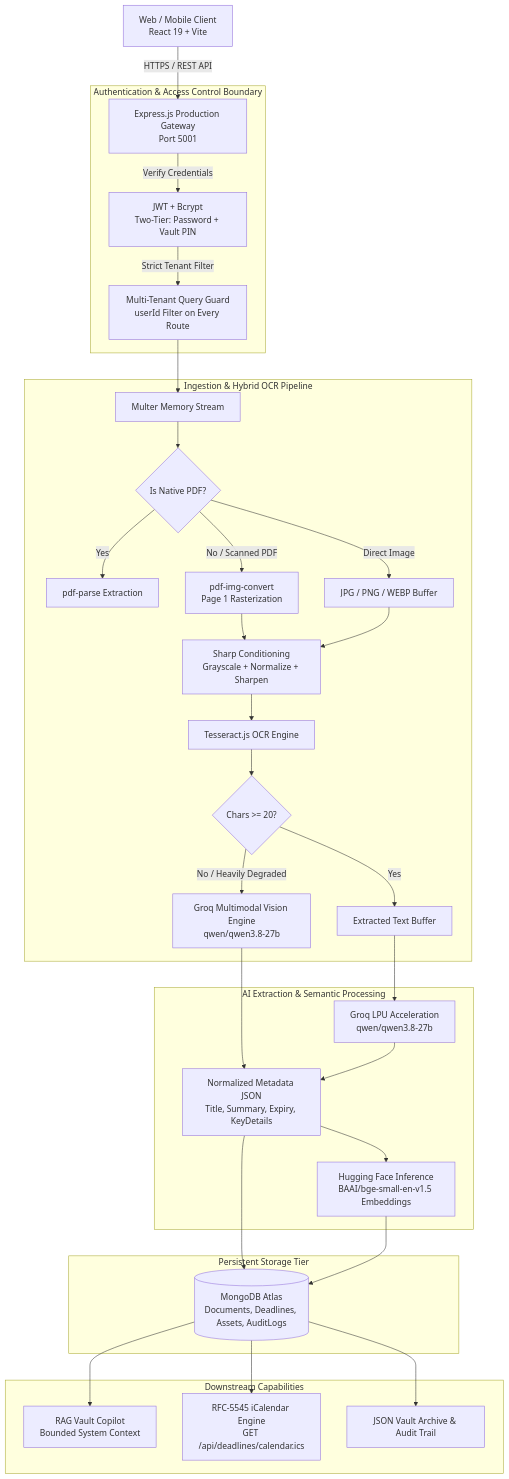
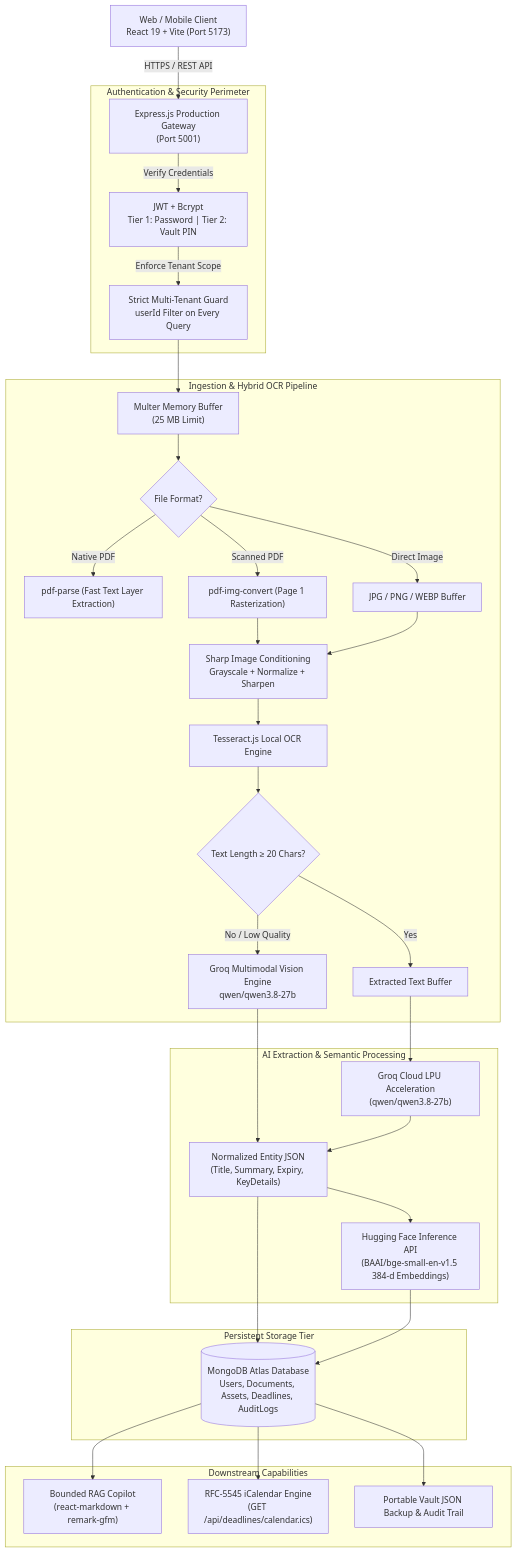
Before and after one commit to AkshatMishra29/DocVault-New: the diagram in README.md, drawn with Mermaid. The commit also changed other lines of this file, not shown here.

````diff
--- a/README.md
+++ b/README.md
@@ -87,46 +50,46 @@
 ```mermaid
 graph TD
-    UserClient[Web / Mobile Client<br/>React 19 + Vite] -->|HTTPS / REST API| ExpressGateway[Express.js Production Gateway<br/>Port 5001]
+    UserClient["Web / Mobile Client<br/>React 19 + Vite (Port 5173)"] -->|HTTPS / REST API| ExpressGateway["Express.js Production Gateway<br/>(Port 5001)"]
     
-    subgraph "Authentication & Access Control Boundary"
-        ExpressGateway -->|Verify Credentials| UserAuth[JWT + Bcrypt<br/>Two-Tier: Password + Vault PIN]
-        UserAuth -->|Strict Tenant Filter| TenantIsolation[Multi-Tenant Query Guard<br/>userId Filter on Every Route]
+    subgraph "Authentication & Security Perimeter"
+        ExpressGateway -->|Verify Credentials| UserAuth["JWT + Bcrypt<br/>Tier 1: Password | Tier 2: Vault PIN"]
+        UserAuth -->|Enforce Tenant Scope| TenantIsolation["Strict Multi-Tenant Guard<br/>userId Filter on Every Query"]
     end
 
     subgraph "Ingestion & Hybrid OCR Pipeline"
-        TenantIsolation --> UploadHandler[Multer Memory Stream]
-        UploadHandler --> DocTypeCheck{Is Native PDF?}
+        TenantIsolation --> UploadHandler["Multer Memory Buffer<br/>(25 MB Limit)"]
+        UploadHandler --> DocTypeCheck{"File Format?"}
         
-        DocTypeCheck -->|Yes| NativePDF[pdf-parse Extraction]
-        DocTypeCheck -->|No / Scanned PDF| PDFImg[pdf-img-convert<br/>Page 1 Rasterization]
-        DocTypeCheck -->|Direct Image| ImgBranch[JPG / PNG / WEBP Buffer]
+        DocTypeCheck -->|Native PDF| NativePDF["pdf-parse (Fast Text Layer Extraction)"]
+        DocTypeCheck -->|Scanned PDF| PDFImg["pdf-img-convert (Page 1 Rasterization)"]
+        DocTypeCheck -->|Direct Image| ImgBranch["JPG / PNG / WEBP Buffer"]
         
-        PDFImg --> SharpFilter[Sharp Conditioning<br/>Grayscale + Normalize + Sharpen]
+        PDFImg --> SharpFilter["Sharp Image Conditioning<br/>Grayscale + Normalize + Sharpen"]
         ImgBranch --> SharpFilter
         
-        SharpFilter --> TessEngine[Tesseract.js OCR Engine]
+        SharpFilter --> TessEngine["Tesseract.js Local OCR Engine"]
         
-        TessEngine --> OCRCheck{Chars >= 20?}
-        OCRCheck -->|Yes| TextStream[Extracted Text Buffer]
-        OCRCheck -->|No / Heavily Degraded| GroqVision[Groq Multimodal Vision Engine<br/>qwen/qwen3.8-27b]
+        TessEngine --> OCRCheck{"Text Length &ge; 20 Chars?"}
+        OCRCheck -->|Yes| TextStream["Extracted Text Buffer"]
+        OCRCheck -->|No / Low Quality| GroqVision["Groq Multimodal Vision Engine<br/>qwen/qwen3.8-27b"]
     end
 
     subgraph "AI Extraction & Semantic Processing"
-        TextStream --> GroqLPU[Groq LPU Acceleration<br/>qwen/qwen3.8-27b]
-        GroqVision --> StructuredJSON[Normalized Metadata JSON<br/>Title, Summary, Expiry, KeyDetails]
+        TextStream --> GroqLPU["Groq Cloud LPU Acceleration<br/>(qwen/qwen3.8-27b)"]
+        GroqVision --> StructuredJSON["Normalized Entity JSON<br/>(Title, Summary, Expiry, KeyDetails)"]
         GroqLPU --> StructuredJSON
         
-        StructuredJSON --> HFEmbed[Hugging Face Inference<br/>BAAI/bge-small-en-v1.5 Embeddings]
+        StructuredJSON --> HFEmbed["Hugging Face Inference API<br/>(BAAI/bge-small-en-v1.5 384-d Embeddings)"]
     end
 
     subgraph "Persistent Storage Tier"
-        StructuredJSON --> MongoVault[(MongoDB Atlas<br/>Documents, Deadlines, Assets, AuditLogs)]
+        StructuredJSON --> MongoVault[("MongoDB Atlas Database<br/>Users, Documents, Assets, Deadlines, AuditLogs")]
         HFEmbed --> MongoVault
     end
 
     subgraph "Downstream Capabilities"
-        MongoVault --> RAGCopilot[RAG Vault Copilot<br/>Bounded System Context]
-        MongoVault --> CalSync[RFC-5545 iCalendar Engine<br/>GET /api/deadlines/calendar.ics]
-        MongoVault --> ExportEngine[JSON Vault Archive & Audit Trail]
+        MongoVault --> RAGCopilot["Bounded RAG Copilot<br/>(react-markdown + remark-gfm)"]
+        MongoVault --> CalSync["RFC-5545 iCalendar Engine<br/>(GET /api/deadlines/calendar.ics)"]
+        MongoVault --> ExportEngine["Portable Vault JSON Backup & Audit Trail"]
     end
 ```
````
